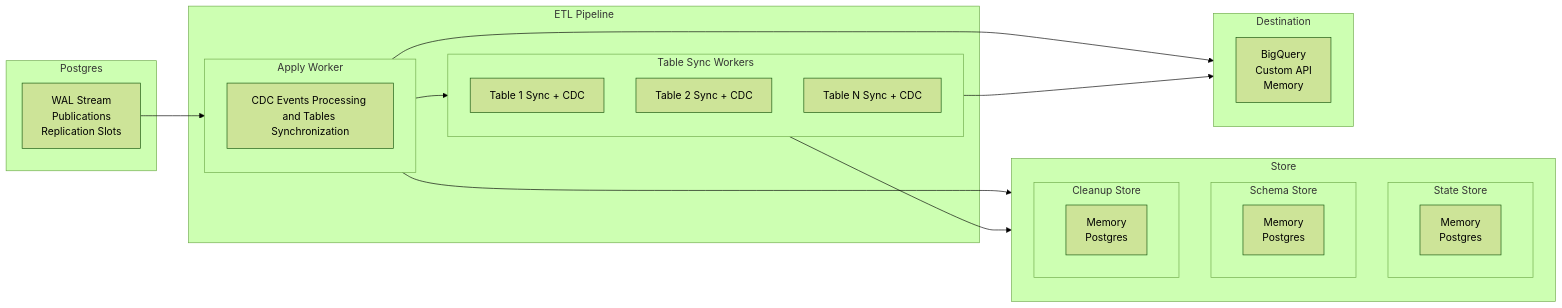
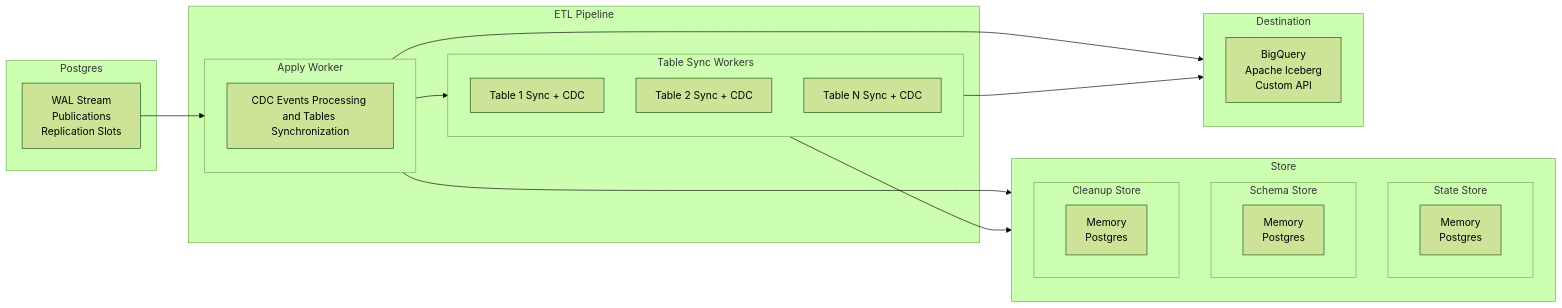
Before and after one commit to supabase/etl: the diagram in docs/explanation/architecture.md, drawn with Mermaid (forest theme). The commit also changed 7 other files, not shown here.

````diff
--- a/docs/explanation/architecture.md
+++ b/docs/explanation/architecture.md
@@ -9,45 +9,45 @@
 ```mermaid
 flowchart LR
     subgraph Postgres
         A["WAL Stream<br>Publications<br>Replication Slots"]
     end
 
     subgraph ETL_Pipeline[ETL Pipeline]
         subgraph ApplyWorker[Apply Worker]
             B1["CDC Events Processing and Tables Synchronization"]
         end
 
         subgraph TableSyncWorkers[Table Sync Workers]
             B2["Table 1 Sync + CDC"]
             B3["Table 2 Sync + CDC"]
             B4["Table N Sync + CDC"]
         end
     end
 
     subgraph Destination[Destination]
-        Dest["BigQuery<br>Custom API<br>Memory"]
+        Dest["BigQuery<br>Apache Iceberg<br>Custom API"]
     end
 
     subgraph Store[Store]
         subgraph StateStore[State Store]
             D1["Memory<br>Postgres"]
         end
 
         subgraph SchemaStore[Schema Store]
             D2["Memory<br>Postgres"]
         end
 
         subgraph CleanupStore[Cleanup Store]
             D3["Memory<br>Postgres"]
         end
     end
 
     A --> ApplyWorker
     ApplyWorker --> TableSyncWorkers
 
     ApplyWorker --> Destination
     TableSyncWorkers --> Destination
 
     ApplyWorker --> Store
     TableSyncWorkers --> Store
 ```
````
